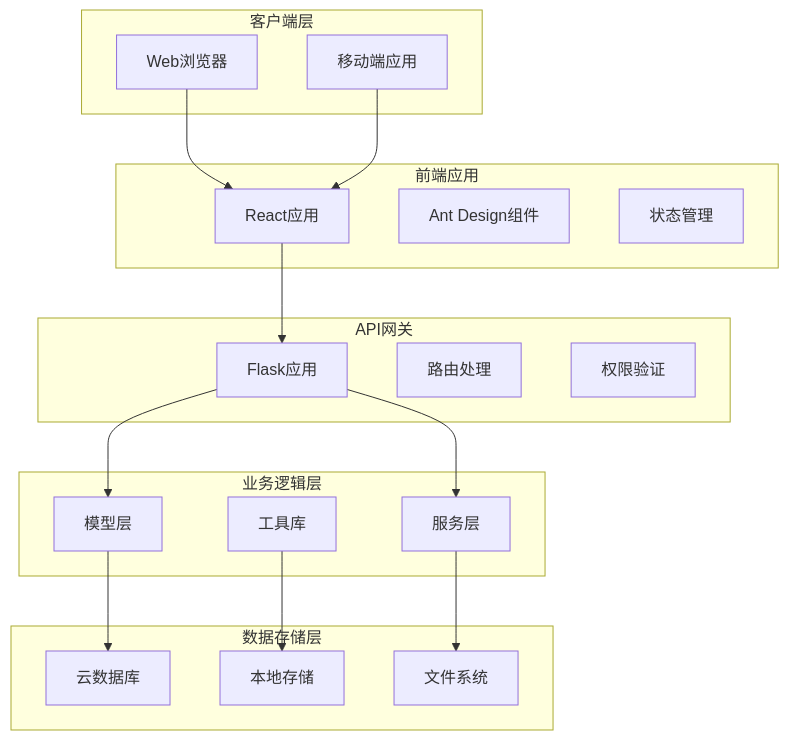
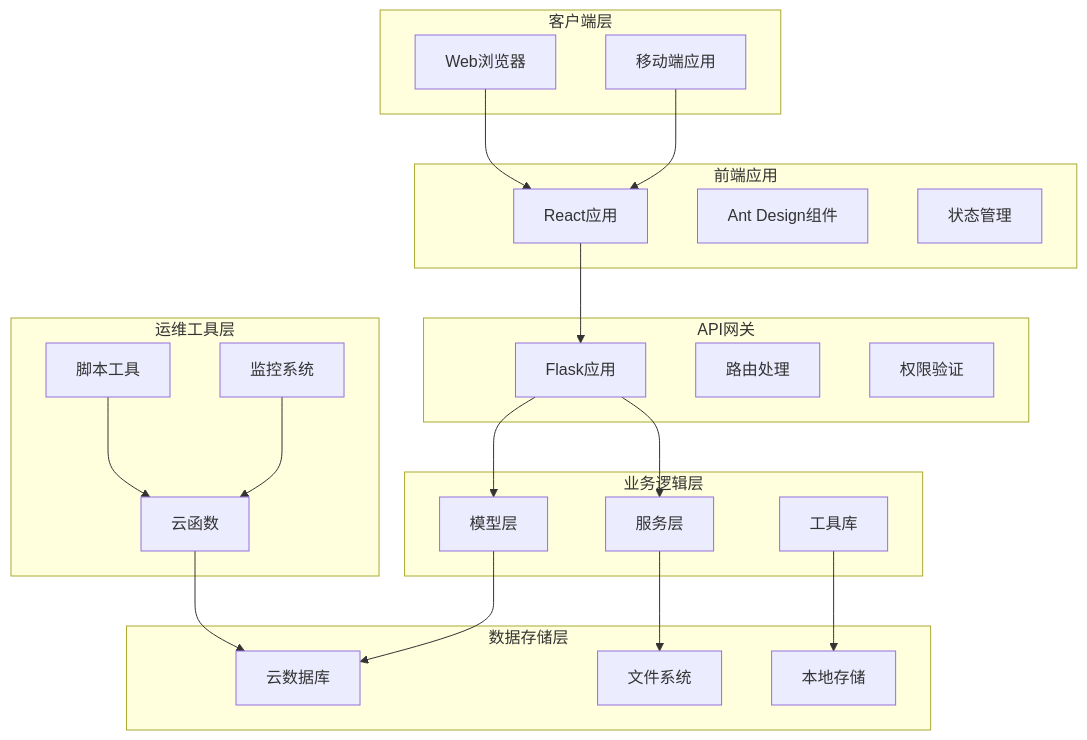
Before and after one commit to guyuefangyuanl/Over-the-counter-options: the fifth of 23 diagrams in .qoder/repowiki/zh/content/Administrative Utilities.md, drawn with Mermaid. The commit also changed other lines of this file and 29 other files, not shown here.

````diff
--- a/.qoder/repowiki/zh/content/Administrative Utilities.md
+++ b/.qoder/repowiki/zh/content/Administrative Utilities.md
@@ -195,35 +234,43 @@
 ```mermaid
 graph TB
 subgraph "客户端层"
 A[Web浏览器]
 B[移动端应用]
 end
 subgraph "前端应用"
 C[React应用]
 D[Ant Design组件]
 E[状态管理]
 end
 subgraph "API网关"
 F[Flask应用]
 G[路由处理]
 H[权限验证]
 end
 subgraph "业务逻辑层"
 I[模型层]
 J[服务层]
 K[工具库]
 end
 subgraph "数据存储层"
 L[云数据库]
 M[本地存储]
 N[文件系统]
 end
+subgraph "运维工具层"
+O[脚本工具]
+P[云函数]
+Q[监控系统]
+end
 A --> C
 B --> C
 C --> F
 F --> I
 F --> J
 I --> L
 J --> N
 K --> M
+O --> P
+P --> L
+Q --> P
 ```
````
